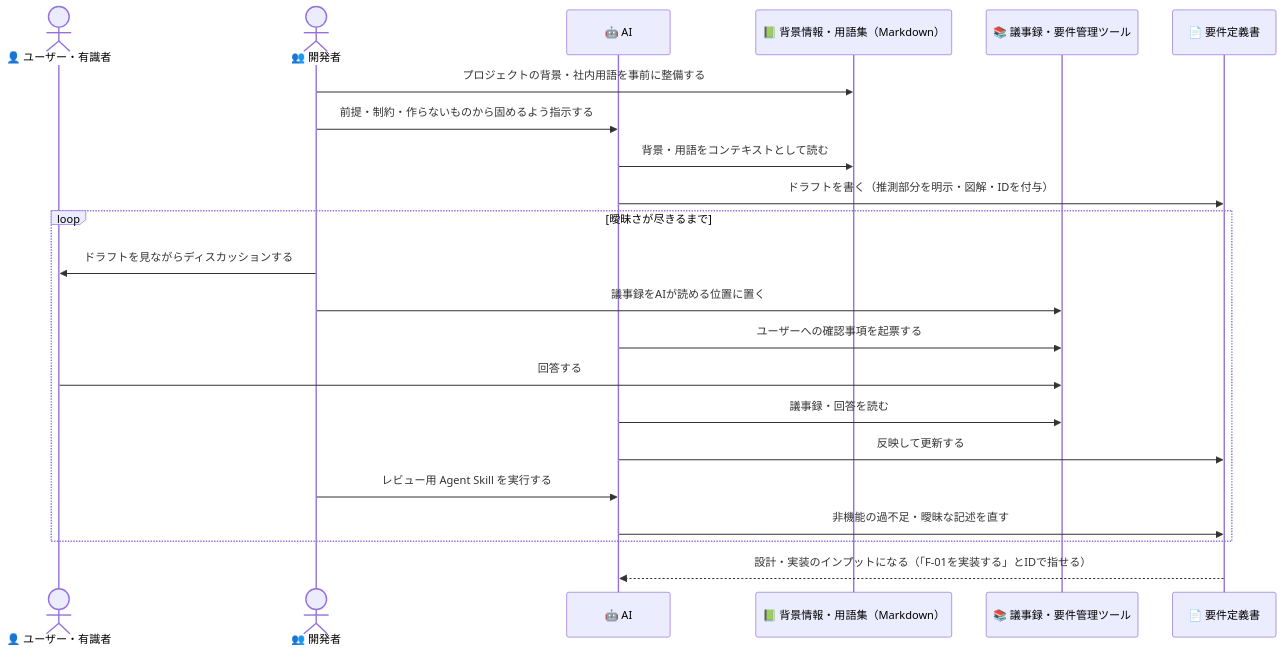
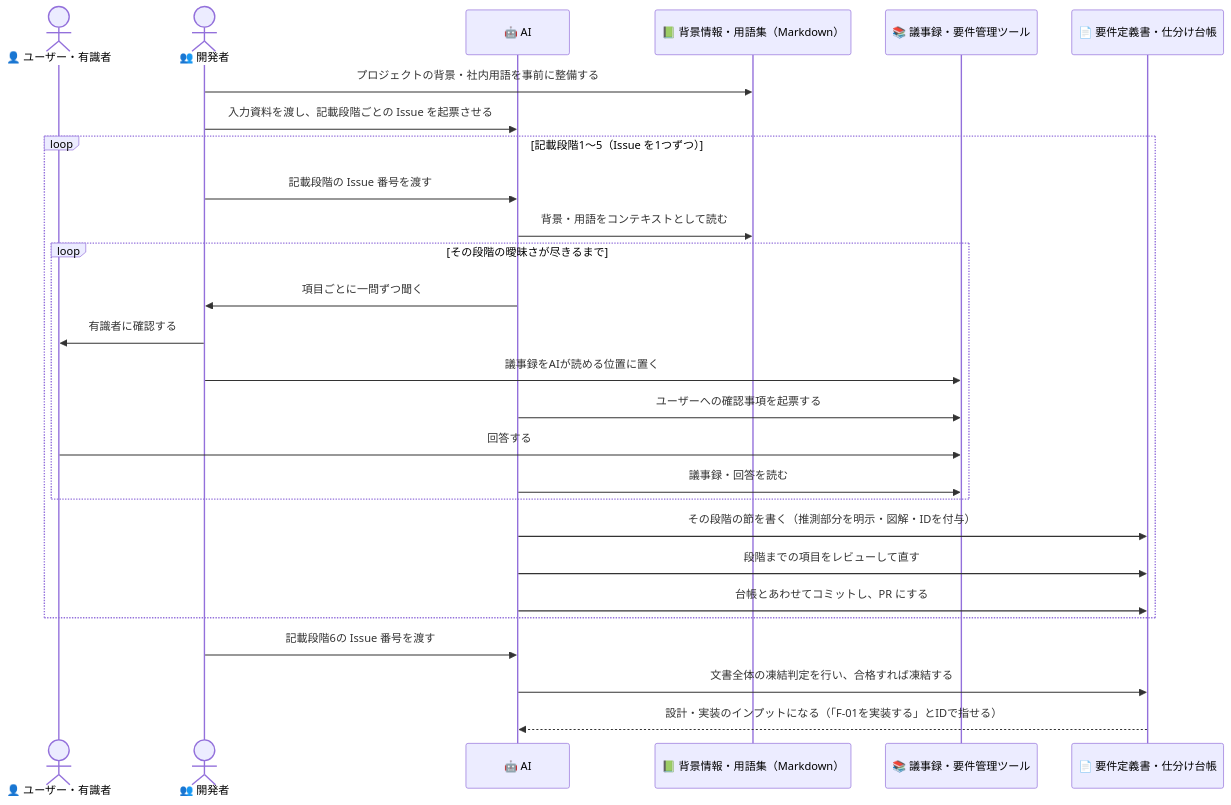
One commit to kasiopeiya/claude-dev-template changed the third of 3 diagrams in docs/guide/ai-requirement-guide.md. Above: the diagram before and after it, drawn with Mermaid. The commit also changed other lines of this file and 1 other file, not shown here.

Commit message:
docs: 新規開発ガイドとAI要件定義ガイドを記載段階の流れに追従させる (#1171)
/elicit-requirements が記載段階ごとの Issue を1段階ずつ進める形に変わったため、
ガイドの「入力資料を渡して1回で書く」手順が古くなっていた。立ち上げの流れの表・
状態図と、AI要件定義ガイドの段階的に作る節・流れの図を、Rule の記載段階に合わせた。

````diff
--- a/docs/guide/ai-requirement-guide.md
+++ b/docs/guide/ai-requirement-guide.md
@@ -132,27 +143,32 @@
 ```mermaid
 sequenceDiagram
     actor U as 👤 ユーザー・有識者
     actor D as 👥 開発者
     participant AI as 🤖 AI
     participant B as 📗 背景情報・用語集（Markdown）
     participant K as 📚 議事録・要件管理ツール
-    participant R as 📄 要件定義書
+    participant R as 📄 要件定義書・仕分け台帳
 
     D->>B: プロジェクトの背景・社内用語を事前に整備する
-    D->>AI: 前提・制約・作らないものから固めるよう指示する
-    AI->>B: 背景・用語をコンテキストとして読む
-    AI->>R: ドラフトを書く（推測部分を明示・図解・IDを付与）
+    D->>AI: 入力資料を渡し、記載段階ごとの Issue を起票させる
 
-    loop 曖昧さが尽きるまで
-        D->>U: ドラフトを見ながらディスカッションする
-        D->>K: 議事録をAIが読める位置に置く
-        AI->>K: ユーザーへの確認事項を起票する
-        U->>K: 回答する
-        AI->>K: 議事録・回答を読む
-        AI->>R: 反映して更新する
-        D->>AI: レビュー用 Agent Skill を実行する
-        AI->>R: 非機能の過不足・曖昧な記述を直す
+    loop 記載段階1〜5（Issue を1つずつ）
+        D->>AI: 記載段階の Issue 番号を渡す
+        AI->>B: 背景・用語をコンテキストとして読む
+        loop その段階の曖昧さが尽きるまで
+            AI->>D: 項目ごとに一問ずつ聞く
+            D->>U: 有識者に確認する
+            D->>K: 議事録をAIが読める位置に置く
+            AI->>K: ユーザーへの確認事項を起票する
+            U->>K: 回答する
+            AI->>K: 議事録・回答を読む
+        end
+        AI->>R: その段階の節を書く（推測部分を明示・図解・IDを付与）
+        AI->>R: 段階までの項目をレビューして直す
+        AI->>R: 台帳とあわせてコミットし、PR にする
     end
 
+    D->>AI: 記載段階6の Issue 番号を渡す
+    AI->>R: 文書全体の凍結判定を行い、合格すれば凍結する
     R-->>AI: 設計・実装のインプットになる（「F-01を実装する」とIDで指せる）
 ```
````
